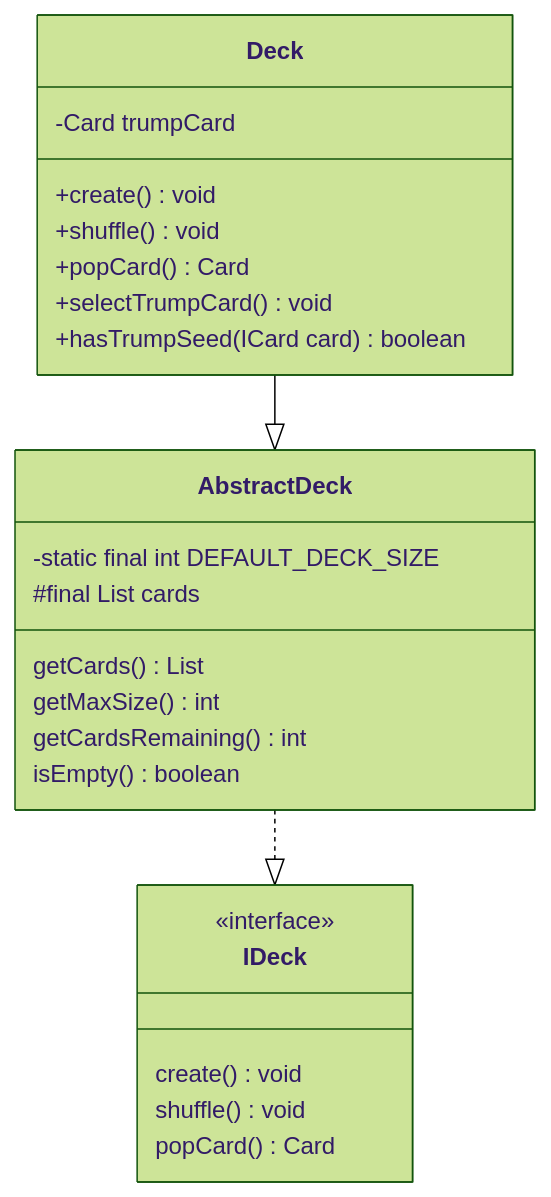
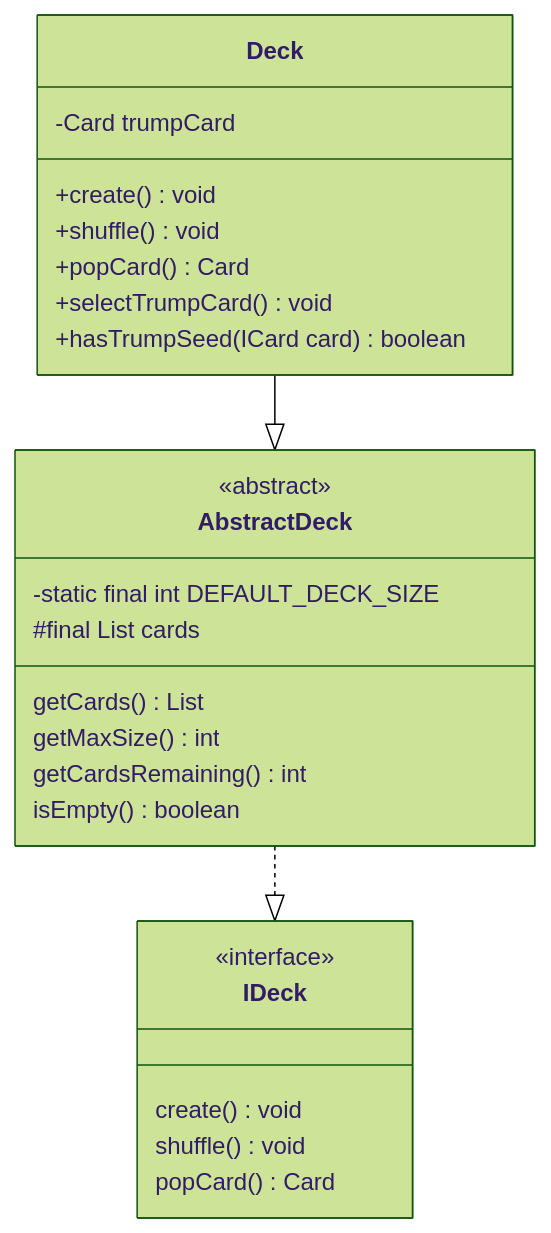
The diagram in uml/Deck.md (MouradMjd/Briscola), drawn with Mermaid (forest theme) before and after one commit.

````diff
--- a/uml/Deck.md
+++ b/uml/Deck.md
@@ -1,33 +1,34 @@
 ```mermaid
 classDiagram
 class IDeck {
     <<interface>>
 
     create() void
     shuffle() void
     popCard() Card
 }
 
 class AbstractDeck {
+    <<abstract>>
     -static final int DEFAULT_DECK_SIZE
 
     #final List<Card> cards
 
     getCards() List<Card>
     getMaxSize() int
     getCardsRemaining() int
     isEmpty() boolean
 }
 AbstractDeck ..|> IDeck
 
 class Deck {
     -Card trumpCard
 
     +create() void
     +shuffle() void
     +popCard() Card
     +selectTrumpCard() void
     +hasTrumpSeed(ICard card) boolean
 }
 Deck --|> AbstractDeck
 ```
````
